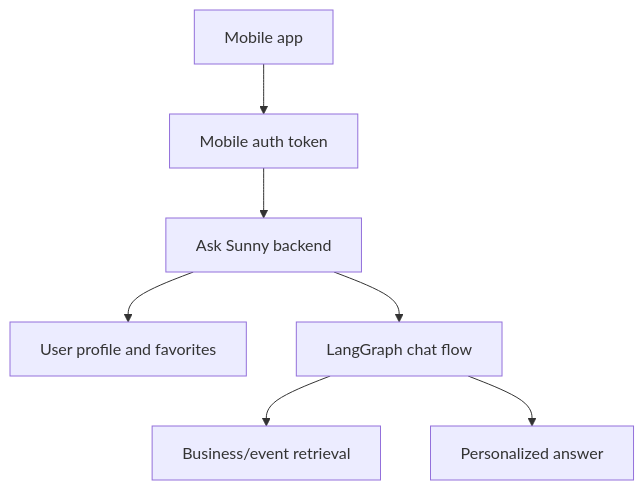
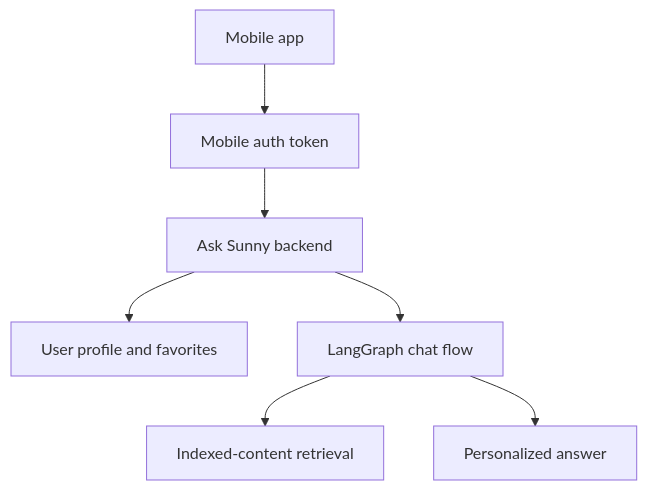
One commit to sovware/ask-sunny-docs changed the fifth of 5 diagrams in server/SERVER_APP_ARCHITECTURE.md. Above: the diagram before and after it, drawn with Mermaid. The commit also changed other lines of this file and 8 other files, not shown here.

````diff
--- a/server/SERVER_APP_ARCHITECTURE.md
+++ b/server/SERVER_APP_ARCHITECTURE.md
@@ -217,9 +217,9 @@
 ```mermaid
 flowchart TD
   Mobile[Mobile app] --> MobileAuth[Mobile auth token]
   MobileAuth --> Server[Ask Sunny backend]
   Server --> Profile[User profile and favorites]
   Server --> Graph[LangGraph chat flow]
-  Graph --> Content[Business/event retrieval]
+  Graph --> Content[Indexed-content retrieval]
   Graph --> Response[Personalized answer]
 ```
````
